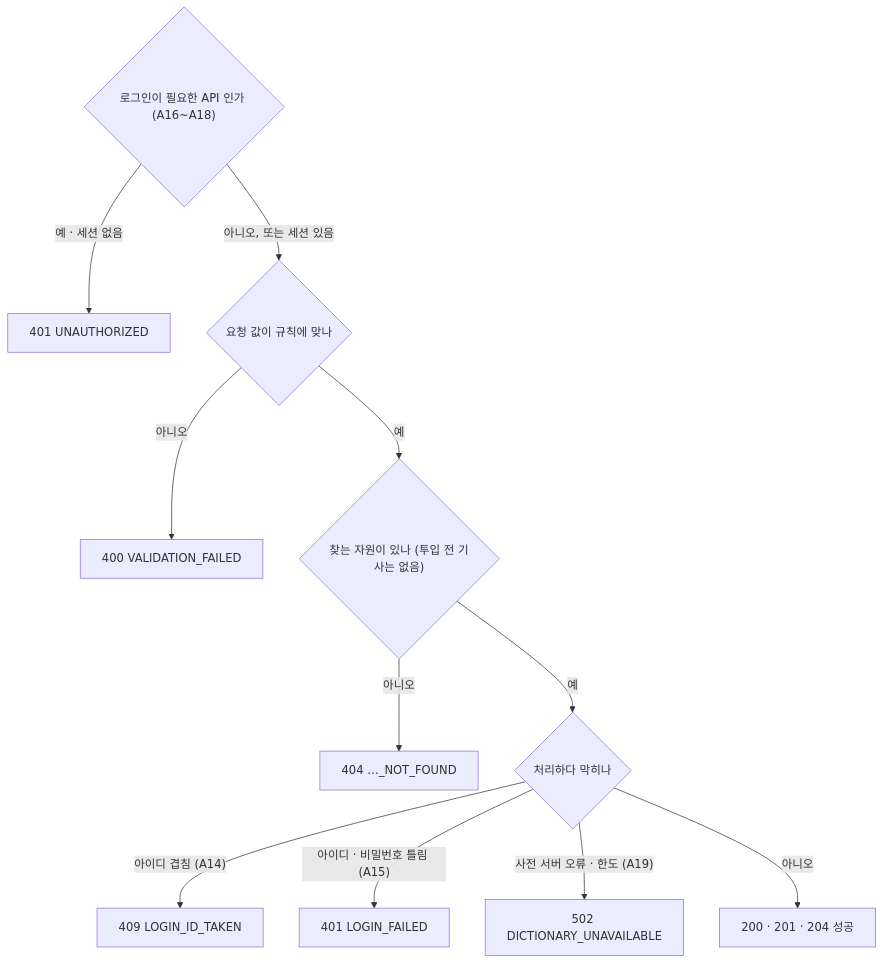
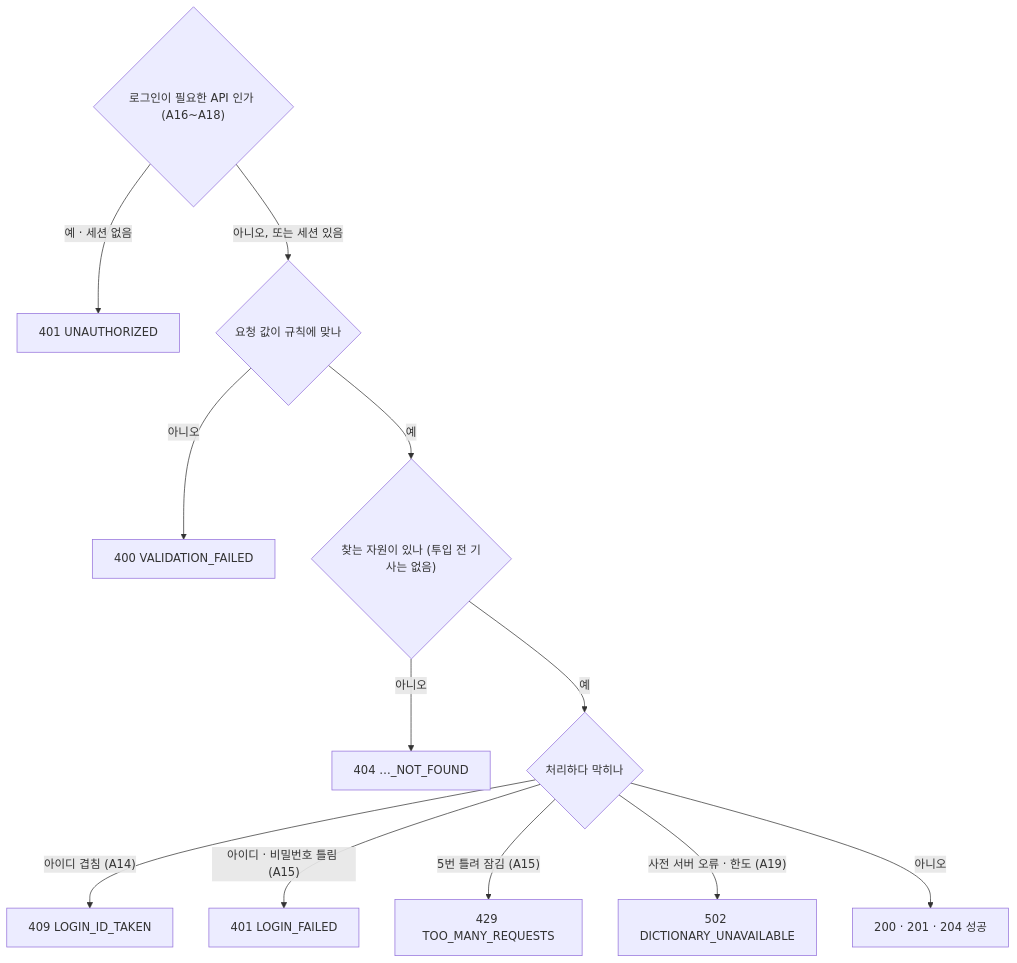
One commit to a102-NEWLEARN/NEW-LEARN changed the second of 5 diagrams in docs/api.md. Above: the diagram before and after it, drawn with Mermaid. The commit also changed other lines of this file and 9 other files, not shown here.

````diff
--- a/docs/api.md
+++ b/docs/api.md
@@ -94,13 +94,14 @@
 ```mermaid
 flowchart TD
   A{"로그인이 필요한 API 인가 (A16~A18)"} -- "예 · 세션 없음" --> E401["401 UNAUTHORIZED"]
   A -- "아니오, 또는 세션 있음" --> V{"요청 값이 규칙에 맞나"}
   V -- "아니오" --> E400["400 VALIDATION_FAILED"]
   V -- "예" --> F{"찾는 자원이 있나 (투입 전 기사는 없음)"}
   F -- "아니오" --> E404["404 …_NOT_FOUND"]
   F -- "예" --> P{"처리하다 막히나"}
   P -- "아이디 겹침 (A14)" --> E409["409 LOGIN_ID_TAKEN"]
   P -- "아이디 · 비밀번호 틀림 (A15)" --> E401b["401 LOGIN_FAILED"]
+  P -- "5번 틀려 잠김 (A15)" --> E429["429 TOO_MANY_REQUESTS"]
   P -- "사전 서버 오류 · 한도 (A19)" --> E502["502 DICTIONARY_UNAVAILABLE"]
   P -- "아니오" --> OK["200 · 201 · 204 성공"]
 ```
````
